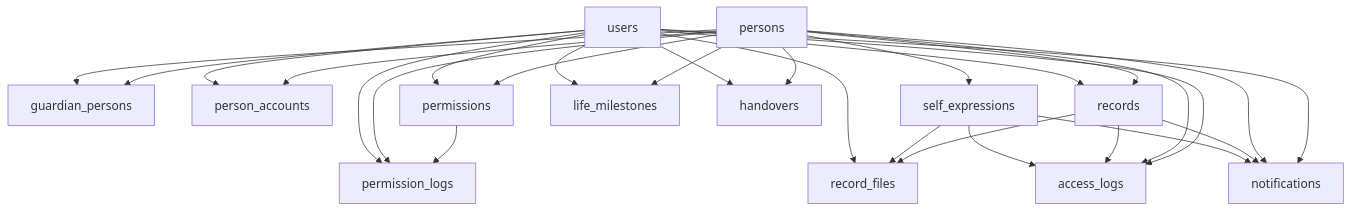
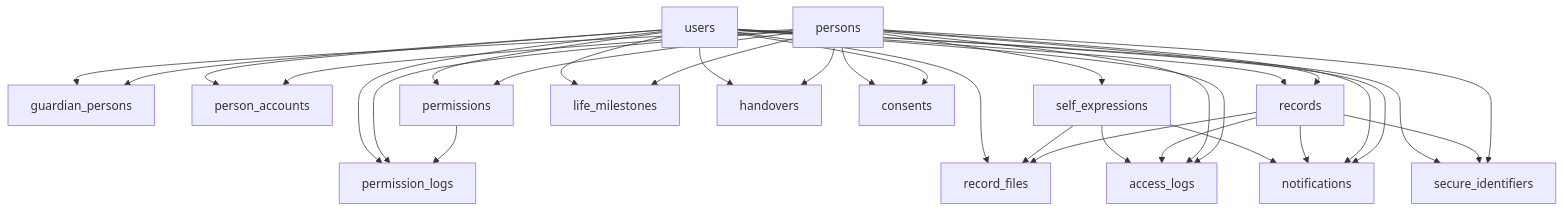
Before and after one commit to boheni07/ondol: the diagram in docs/15-migration-order.md, drawn with Mermaid. The commit also changed other lines of this file and 38 other files, not shown here.

````diff
--- a/docs/15-migration-order.md
+++ b/docs/15-migration-order.md
@@ -38,65 +40,76 @@
 ```mermaid
 graph TD
   users[users]
   persons[persons]
   guardian_persons[guardian_persons]
   person_accounts[person_accounts]
   permissions[permissions]
   permission_logs[permission_logs]
   records[records]
   self_expressions[self_expressions]
   record_files[record_files]
   access_logs[access_logs]
   life_milestones[life_milestones]
   handovers[handovers]
   notifications[notifications]
+  consents[consents]
+  secure_identifiers[secure_identifiers]
 
   %% guardian_persons
   users --> guardian_persons
   persons --> guardian_persons
 
   %% person_accounts
   persons --> person_accounts
   users --> person_accounts
 
   %% permissions (user_id + granted_by → users ×2)
   persons --> permissions
   users --> permissions
 
   %% permission_logs
   permissions --> permission_logs
   persons --> permission_logs
   users --> permission_logs
 
   %% records
   persons --> records
   users --> records
 
   %% self_expressions
   persons --> self_expressions
 
   %% record_files (record_id XOR self_expression_id)
   records --> record_files
   self_expressions --> record_files
   users --> record_files
 
   %% life_milestones
   persons --> life_milestones
   users --> life_milestones
 
   %% handovers (from_user_id + to_user_id → users ×2)
   persons --> handovers
   users --> handovers
 
   %% access_logs
   users --> access_logs
   persons --> access_logs
   records --> access_logs
   self_expressions --> access_logs
 
   %% notifications
   users --> notifications
   persons --> notifications
   records --> notifications
   self_expressions --> notifications
+
+  %% consents (subject_user_id + consented_by → users, person_id → persons)
+  users --> consents
+  persons --> consents
+
+  %% secure_identifiers (person_id → persons, record_id → records, created_by → users)
+  persons --> secure_identifiers
+  records --> secure_identifiers
+  users --> secure_identifiers
 ```
````
